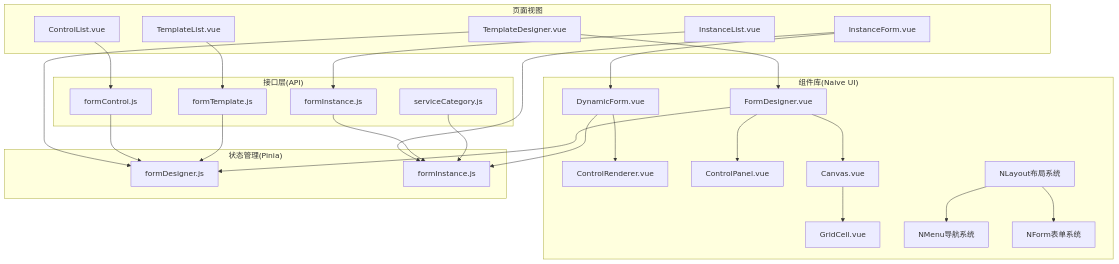
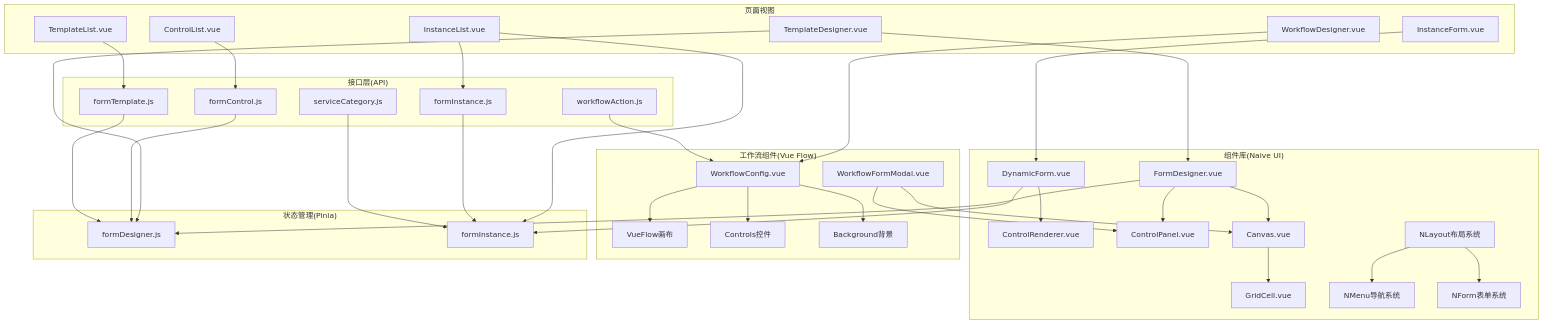
Before and after one commit to NJMrLi/genetics: the second of 8 diagrams in .qoder/repowiki/zh/content/前端架构设计/前端架构设计.md, drawn with Mermaid. The commit also changed other lines of this file and 21 other files, not shown here.

````diff
--- a/.qoder/repowiki/zh/content/前端架构设计/前端架构设计.md
+++ b/.qoder/repowiki/zh/content/前端架构设计/前端架构设计.md
@@ -98,50 +109,66 @@
 ```mermaid
 graph TB
 subgraph "页面视图"
 V1["ControlList.vue"]
 V2["TemplateList.vue"]
 V3["TemplateDesigner.vue"]
-V4["InstanceList.vue"]
-V5["InstanceForm.vue"]
+V4["WorkflowDesigner.vue"]
+V5["InstanceList.vue"]
+V6["InstanceForm.vue"]
 end
 subgraph "组件库(Naive UI)"
 DYN["DynamicForm.vue"]
 REN["ControlRenderer.vue"]
 DSGN["FormDesigner.vue"]
 CP["ControlPanel.vue"]
 CAN["Canvas.vue"]
 CELL["GridCell.vue"]
 LAYOUT["NLayout布局系统"]
 MENU["NMenu导航系统"]
 FORM["NForm表单系统"]
 end
+subgraph "工作流组件(Vue Flow)"
+WCFG["WorkflowConfig.vue"]
+WFMOD["WorkflowFormModal.vue"]
+FLOW["VueFlow画布"]
+CTRLS["Controls控件"]
+BG["Background背景"]
+end
 subgraph "状态管理(Pinia)"
 ST1["formDesigner.js"]
 ST2["formInstance.js"]
 end
 subgraph "接口层(API)"
 A1["formControl.js"]
 A2["formTemplate.js"]
 A3["formInstance.js"]
 A4["serviceCategory.js"]
+A5["workflowAction.js"]
 end
 V1 --> A1
 V2 --> A2
 V3 --> DSGN
-V4 --> A3
-V5 --> DYN
+V4 --> WCFG
+V5 --> A3
+V6 --> DYN
 DYN --> REN
 DSGN --> CP
 DSGN --> CAN
 CAN --> CELL
 DSGN --> ST1
 DYN --> ST2
 V3 --> ST1
 V5 --> ST2
+WCFG --> FLOW
+WCFG --> CTRLS
+WCFG --> BG
+WFMOD --> CP
+WFMOD --> CAN
 A1 --> ST1
 A2 --> ST1
 A3 --> ST2
 A4 --> ST2
+A5 --> WCFG
 LAYOUT --> MENU
 LAYOUT --> FORM
 ```
````
